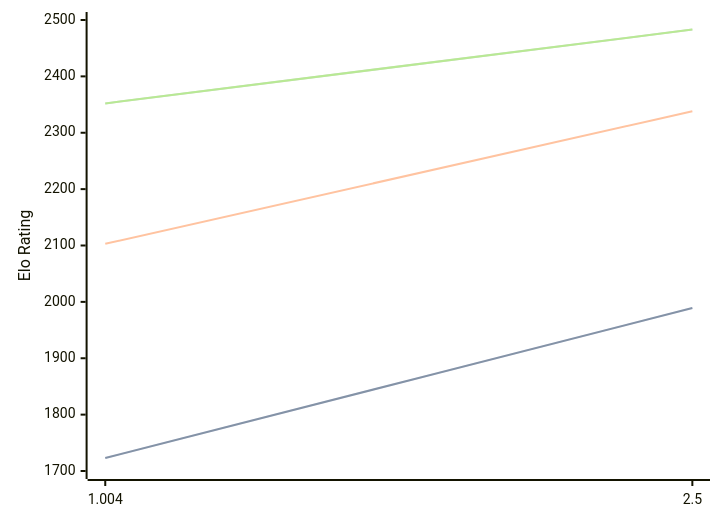
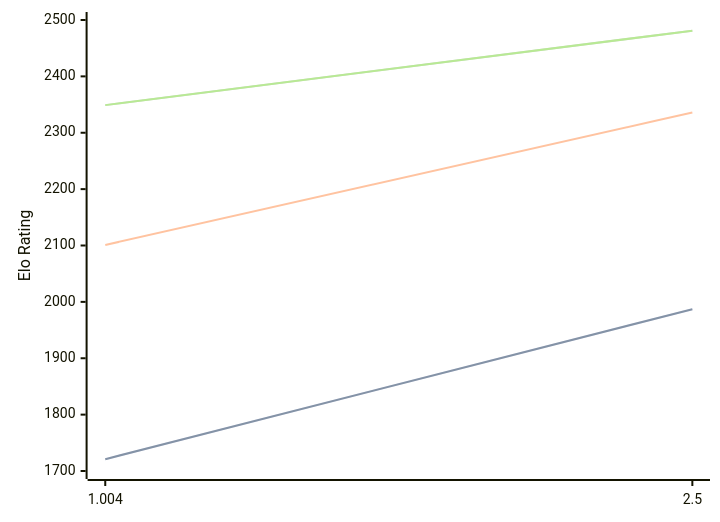
Before and after one commit to computer-chess-index/cci: the diagram in engines/Ares.md, drawn with Mermaid. The commit also changed other lines of this file, not shown here.

Commit message:
Update CCI Ratings (ELO VLTC) - 2026-04-01

````diff
--- a/engines/Ares.md
+++ b/engines/Ares.md
@@ -32,11 +32,11 @@
 ```mermaid
 %%{init: {"theme":"base","themeVariables":{"seriesColors:['#a3a3a3','#222221','#faa371']}}}%%
 xychart-beta
   x-axis ["1.004", "2.5"]
   y-axis "Elo Rating" 1700 --> 2500
-  line "STC (8.0+0.08s)" [1723, 1989]
-  line "STC (8.0+0.08s)" [1723, 1989]
-  line "LTC (60.0+0.60s)" [2103, 2338]
-  line "VLTC (2m24s+1.12s)" [2352, 2483]
-  line "VLTC (2m24s+1.12s)" [2352, 2483]
+  line "STC (8.0+0.08s)" [1721, 1987]
+  line "STC (8.0+0.08s)" [1721, 1987]
+  line "LTC (60.0+0.60s)" [2101, 2336]
+  line "VLTC (2m24s+1.12s)" [2349, 2481]
+  line "VLTC (2m24s+1.12s)" [2349, 2481]
 ```
````
